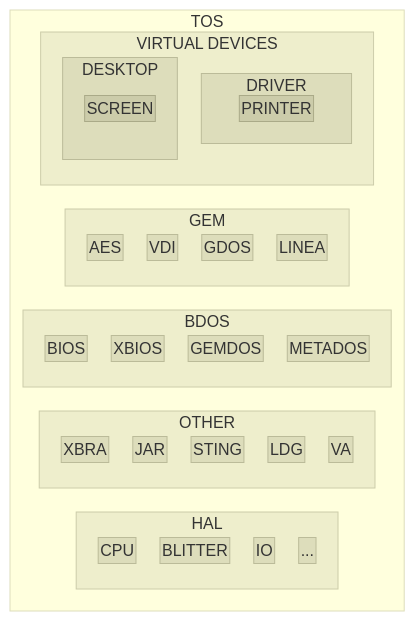
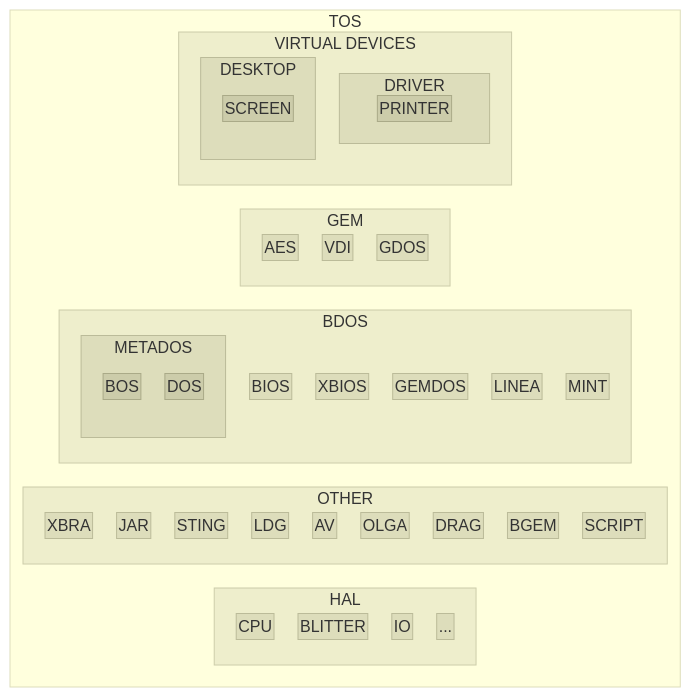
The diagram in README.md (Kochise/atari-tos), drawn with Mermaid before and after one commit. The commit also changed other lines of this file, not shown here.

```diff
--- a/README.md
+++ b/README.md
@@ -204,19 +296,27 @@
 			JAR
 			STING
 			LDG
-			VA
+			AV
+			OLGA
+			DRAG
+			BGEM
+			SCRIPT
 		end
 		subgraph BDOS
 			BIOS
 			XBIOS
 			GEMDOS
-			METADOS
+			LINEA
+			subgraph METADOS
+				BOS
+				DOS
+			end
+			MINT
 		end
 		subgraph GEM
 			AES
 			VDI
 			GDOS
-			LINEA
 		end
 		subgraph VD[VIRTUAL DEVICES]
 			subgraph DRIVER
@@ -228,33 +328,40 @@
 		end
 	end
 
-	click HAL "https://github.com/Kochise/atari-tos/tree/master/HAL" _blank
-	click CPU "https://github.com/Kochise/atari-docs/tree/master/CPU68030" _blank
+	click HAL "https://github.com/Kochise/atari-tos/tree/master/doc/HAL" _blank
+	click CPU "https://github.com/Kochise/atari-docs/tree/master/CPU68030/DOCS" _blank
 	click BLITTER "https://github.com/Kochise/atari-docs/tree/master/BLITTER" _blank
-	click IO "https://github.com/Kochise/atari-docs/tree/master/IOPORTS" _blank
+	click IO "https://github.com/Kochise/atari-docs/tree/master/IOPORTS/DOCS" _blank
 
-	click OTHER "https://github.com/Kochise/atari-tos/tree/master/OTHER" _blank
-	click XBRA "https://github.com/Kochise/atari-tos/tree/master/OTHER/XBRA.md" _blank
-	click JAR "https://github.com/Kochise/atari-tos/tree/master/OTHER/JAR.md" _blank
-	click STING "https://github.com/Kochise/atari-tos/tree/master/OTHER/STING.md" _blank
-	click LDG "https://github.com/Kochise/atari-tos/tree/master/OTHER/LDG.md" _blank
-	click VA "https://github.com/Kochise/atari-tos/tree/master/OTHER/VA.md" _blank
+	click OTHER "https://github.com/Kochise/atari-tos/tree/master/doc/OTHER" _blank
+	click XBRA "https://github.com/Kochise/atari-tos/tree/master/doc/OTHER/XBRA" _blank
+	click JAR "https://github.com/Kochise/atari-tos/tree/master/doc/OTHER/JAR" _blank
+	click STING "https://github.com/Kochise/atari-tos/tree/master/doc/OTHER/STING" _blank
+	click LDG "https://github.com/Kochise/atari-tos/tree/master/doc/OTHER/LDG" _blank
+	click AV "https://github.com/Kochise/atari-tos/tree/master/doc/OTHER/AV" _blank
+	click OLGA "https://github.com/Kochise/atari-tos/tree/master/doc/OTHER/OLGA" _blank
+	click DRAG "https://github.com/Kochise/atari-tos/tree/master/doc/OTHER/DRAG" _blank
+	click BGEM "https://github.com/Kochise/atari-tos/tree/master/doc/OTHER/BGEM" _blank
+	click SCRIPT "https://github.com/Kochise/atari-tos/tree/master/doc/OTHER/SCRIPT" _blank
 
-	click BDOS "https://github.com/Kochise/atari-tos/tree/master/BDOS" _blank
-	click BIOS "https://github.com/Kochise/atari-tos/tree/master/BDOS/BIOS.md" _blank
-	click XBIOS "https://github.com/Kochise/atari-tos/tree/master/BDOS/XBIOS.md" _blank
-	click GEMDOS "https://github.com/Kochise/atari-tos/tree/master/BDOS/GEMDOS.md" _blank
-	click METADOS "https://github.com/Kochise/atari-tos/tree/master/BDOS/METADOS.md" _blank
+	click BDOS "https://github.com/Kochise/atari-tos/tree/master/doc/BDOS" _blank
+	click BIOS "https://github.com/Kochise/atari-tos/tree/master/doc/BDOS/BIOS" _blank
+	click XBIOS "https://github.com/Kochise/atari-tos/tree/master/doc/BDOS/XBIOS" _blank
+	click GEMDOS "https://github.com/Kochise/atari-tos/tree/master/doc/BDOS/GEMDOS" _blank
+	click LINEA "https://github.com/Kochise/atari-tos/tree/master/doc/BDOS/LINEA" _blank
+	click METADOS "https://github.com/Kochise/atari-tos/tree/master/doc/BDOS/METADOS" _blank
+	click METADOS "https://github.com/Kochise/atari-tos/tree/master/doc/BDOS/METADOS/BOS" _blank
+	click METADOS "https://github.com/Kochise/atari-tos/tree/master/doc/BDOS/METADOS/DOS" _blank
+	click MINT "https://github.com/Kochise/atari-tos/tree/master/doc/BDOS/MINT" _blank
 
-	click GEM "https://github.com/Kochise/atari-tos/tree/master/GEM" _blank
-	click AES "https://github.com/Kochise/atari-tos/tree/master/GEM/AES.md" _blank
-	click VDI "https://github.com/Kochise/atari-tos/tree/master/GEM/VDI.md" _blank
-	click GDOS "https://github.com/Kochise/atari-tos/tree/master/GEM/GDOS.md" _blank
-	click LINEA "https://github.com/Kochise/atari-tos/tree/master/GEM/LINEA.md" _blank
+	click GEM "https://github.com/Kochise/atari-tos/tree/master/doc/GEM" _blank
+	click AES "https://github.com/Kochise/atari-tos/tree/master/doc/GEM/AES" _blank
+	click VDI "https://github.com/Kochise/atari-tos/tree/master/doc/GEM/VDI" _blank
+	click GDOS "https://github.com/Kochise/atari-tos/tree/master/doc/GEM/GDOS" _blank
 
-	click VD "https://github.com/Kochise/atari-tos/tree/master/VD" _blank
-	click SCREEN "https://github.com/Kochise/atari-tos/tree/master/VD/SCREEN.md" _blank
-	click PRINTER "https://github.com/Kochise/atari-tos/tree/master/VD/PRINTER.md" _blank
+	click VD "https://github.com/Kochise/atari-tos/tree/master/doc/VD" _blank
+	click SCREEN "https://github.com/Kochise/atari-tos/tree/master/doc/VD/SCREEN" _blank
+	click PRINTER "https://github.com/Kochise/atari-tos/tree/master/doc/VD/PRINTER" _blank
 
 	classDef lvl0 fill:#ffd,stroke:#ddb;
 	classDef lvl1 fill:#eec,stroke:#cca;
@@ -276,19 +383,26 @@
 	class JAR lvl2
 	class STING lvl2
 	class LDG lvl2
-	class VA lvl2
+	class AV lvl2
+	class OLGA lvl2
+	class DRAG lvl2
+	class BGEM lvl2
+	class SCRIPT lvl2
 
 	class BDOS lvl1
 	class BIOS lvl2
 	class XBIOS lvl2
 	class GEMDOS lvl2
+	class LINEA lvl2
 	class METADOS lvl2
+	class BOS lvl3
+	class DOS lvl3
+	class MINT lvl2
 
 	class GEM lvl1
 	class AES lvl2
 	class VDI lvl2
 	class GDOS lvl2
-	class LINEA lvl2
 
 	class VD lvl1
 	class DESKTOP lvl2
```
